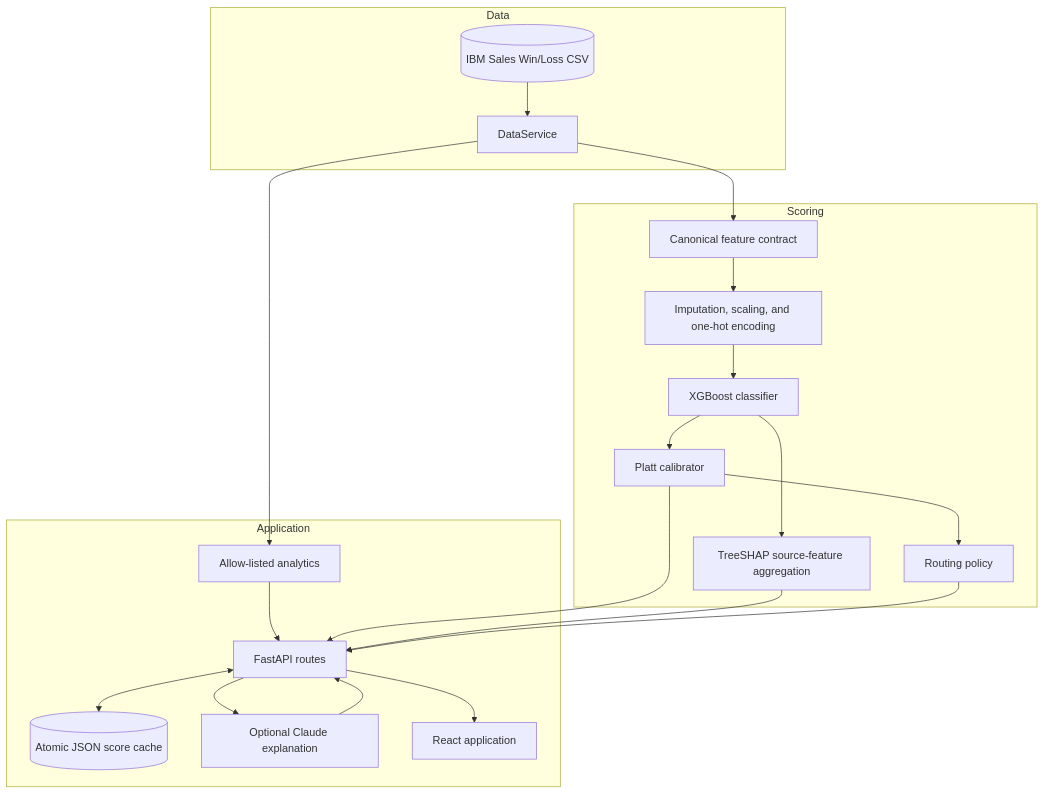
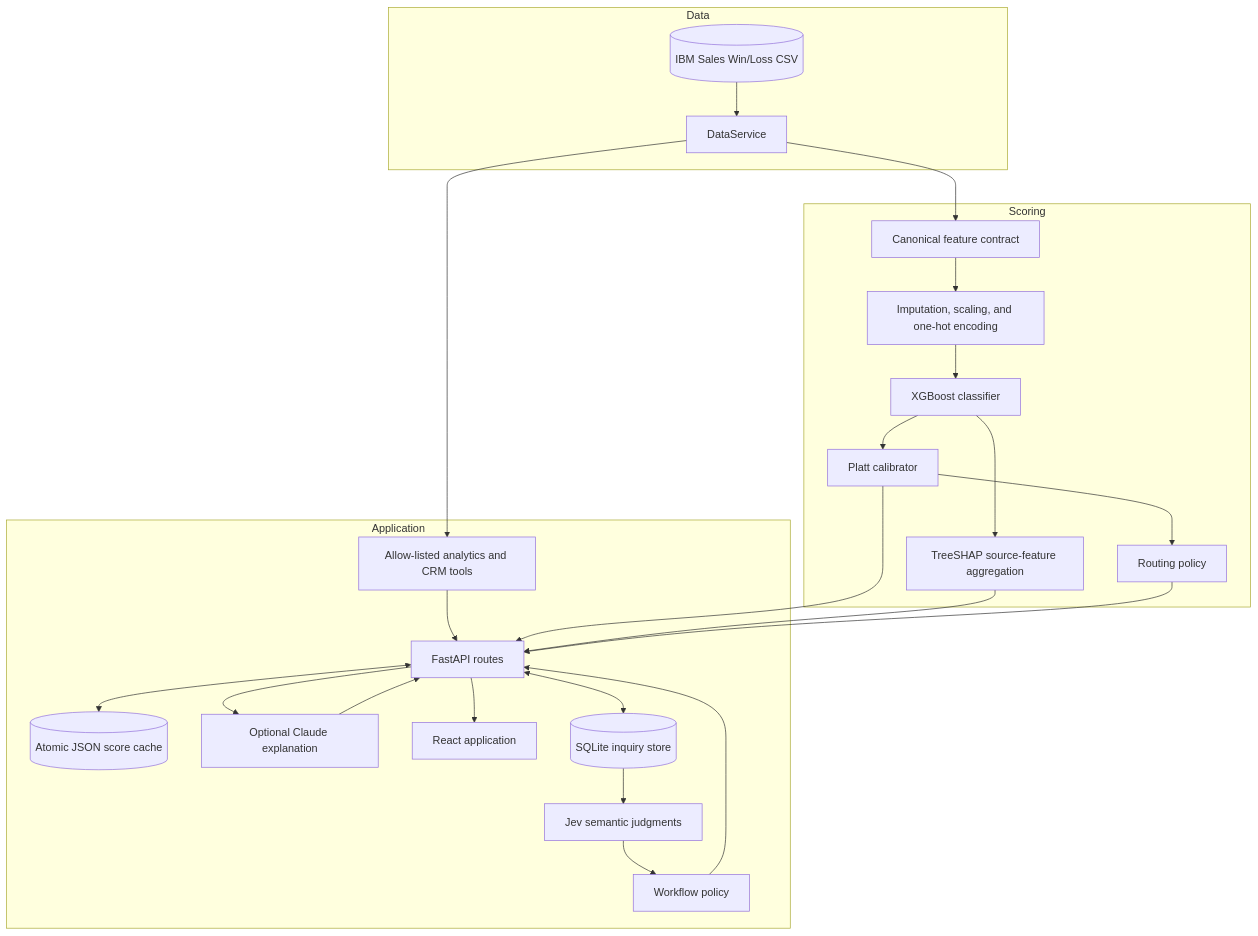
One commit to sandeeppanem/genai-lead-scoring-agent changed the first of 2 diagrams in docs/hybrid-architecture.md. Above: the diagram before and after it, drawn with Mermaid. The commit also changed other lines of this file and 28 other files, not shown here.

````diff
--- a/docs/hybrid-architecture.md
+++ b/docs/hybrid-architecture.md
@@ -12,41 +12,46 @@
 ```mermaid
 flowchart TD
     subgraph Data
         CSV[(IBM Sales Win/Loss CSV)]
         DS[DataService]
         CSV --> DS
     end
 
     subgraph Scoring
         FC[Canonical feature contract]
         PP[Imputation, scaling, and one-hot encoding]
         XGB[XGBoost classifier]
         PC[Platt calibrator]
         TS[TreeSHAP source-feature aggregation]
         RP[Routing policy]
 
         FC --> PP --> XGB
         XGB --> PC
         XGB --> TS
         PC --> RP
     end
 
     subgraph Application
         API[FastAPI routes]
         STORE[(Atomic JSON score cache)]
         LLM[Optional Claude explanation]
-        ANALYTICS[Allow-listed analytics]
+        ANALYTICS[Allow-listed analytics and CRM tools]
         UI[React application]
+        INQUIRIES[(SQLite inquiry store)]
+        JEV[Jev semantic judgments]
+        WF[Workflow policy]
 
         API <--> STORE
         API --> LLM --> API
         API --> UI
         ANALYTICS --> API
+        API <--> INQUIRIES
+        INQUIRIES --> JEV --> WF --> API
     end
 
     DS --> FC
     DS --> ANALYTICS
     PC --> API
     TS --> API
     RP --> API
 ```
````
